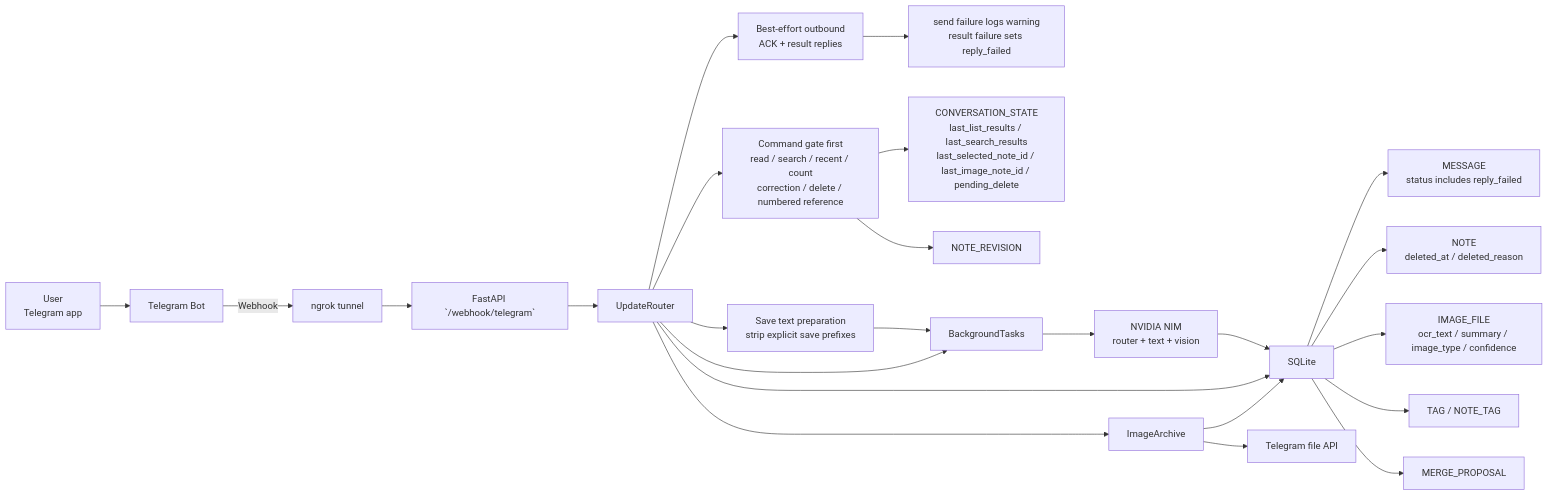
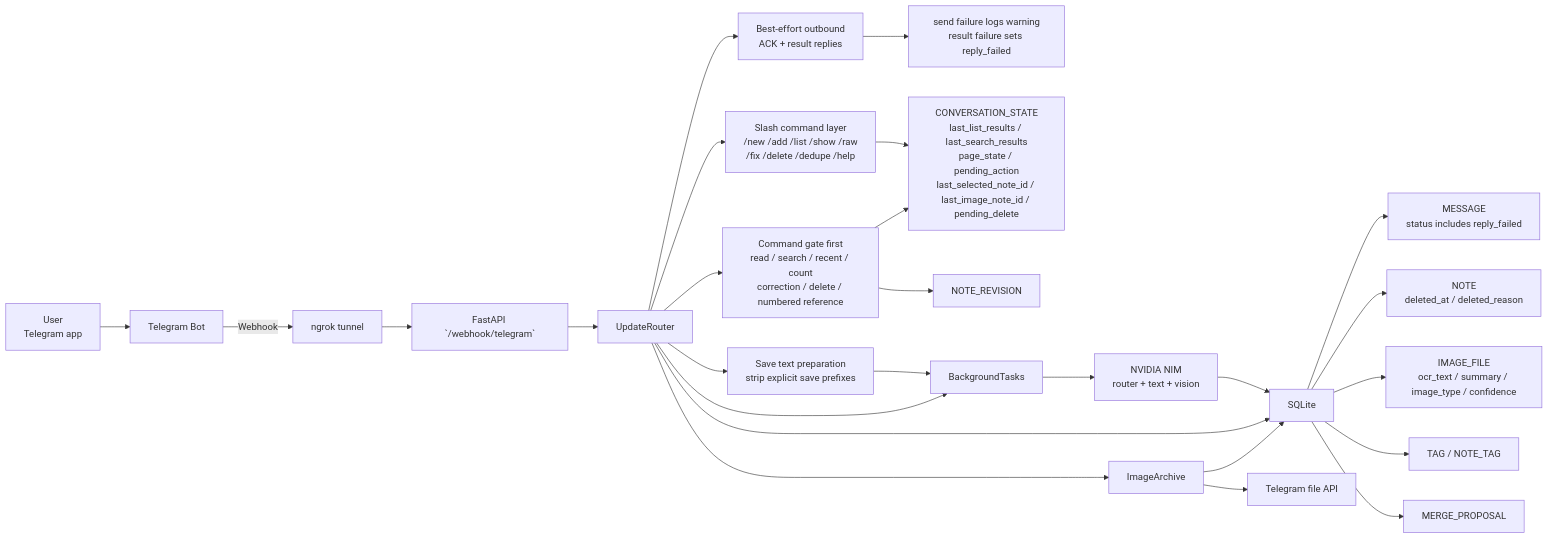
One commit to Transient-Onlooker/tg-note-agent changed the first of 4 diagrams in docs/ARCHITECTURE.md. Above: the diagram before and after it, drawn with Mermaid. The commit also changed other lines of this file and 7 other files, not shown here.

````diff
--- a/docs/ARCHITECTURE.md
+++ b/docs/ARCHITECTURE.md
@@ -18,29 +21,31 @@
 ```mermaid
 flowchart LR
     User["User<br/>Telegram app"] --> Bot["Telegram Bot"]
     Bot -->|Webhook| Tunnel["ngrok tunnel"]
     Tunnel --> API["FastAPI `/webhook/telegram`"]
 
     API --> Router["UpdateRouter"]
     Router --> Outbound["Best-effort outbound<br/>ACK + result replies"]
     Outbound --> ReplyFailed["send failure logs warning<br/>result failure sets reply_failed"]
+    Router --> Slash["Slash command layer<br/>/new /add /list /show /raw<br/>/fix /delete /dedupe /help"]
     Router --> Gate["Command gate first<br/>read / search / recent / count<br/>correction / delete / numbered reference"]
     Router --> Prep["Save text preparation<br/>strip explicit save prefixes"]
     Router --> BG["BackgroundTasks"]
     Router --> DB["SQLite"]
     Router --> Archive["ImageArchive"]
     Prep --> BG
     BG --> NIM["NVIDIA NIM<br/>router + text + vision"]
 
-    Gate --> State["CONVERSATION_STATE<br/>last_list_results / last_search_results<br/>last_selected_note_id / last_image_note_id / pending_delete"]
+    Slash --> State
+    Gate --> State["CONVERSATION_STATE<br/>last_list_results / last_search_results<br/>page_state / pending_action<br/>last_selected_note_id / last_image_note_id / pending_delete"]
     Gate --> Revision["NOTE_REVISION"]
     Archive --> DB
     Archive --> TGFile["Telegram file API"]
     NIM --> DB
 
     DB --> Msg["MESSAGE<br/>status includes reply_failed"]
     DB --> Note["NOTE<br/>deleted_at / deleted_reason"]
     DB --> Image["IMAGE_FILE<br/>ocr_text / summary / image_type / confidence"]
     DB --> Tags["TAG / NOTE_TAG"]
     DB --> Merge["MERGE_PROPOSAL"]
 ```
````
